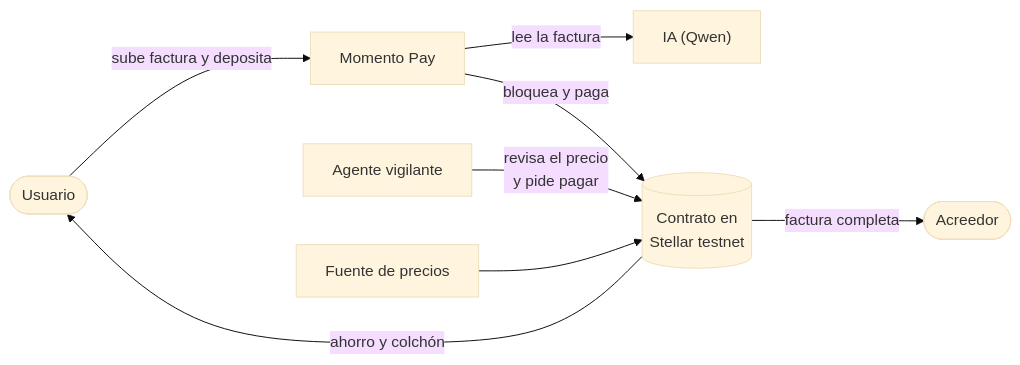
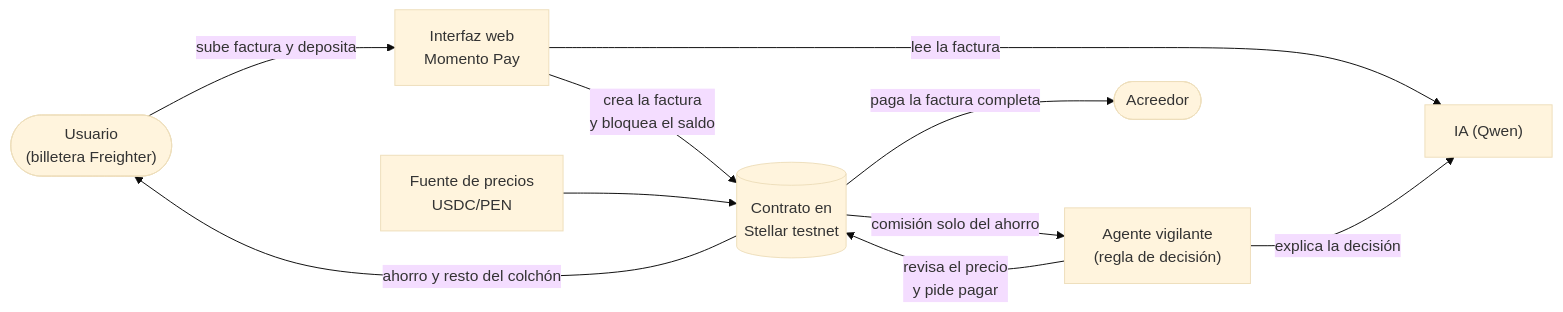
Before and after one commit to RichardEsteban/MomentoPay: the second of 2 diagrams in README.md, drawn with Mermaid (base theme). The commit also changed other lines of this file and 16 other files, not shown here.

First line of the commit message:
Fase 1: estructura del repo y contrato InvoiceVault

````diff
--- a/README.md
+++ b/README.md
@@ -96,10 +98,12 @@
 ```mermaid
 flowchart LR
-    U(["Usuario"]) -- "sube factura y deposita" --> M["Momento Pay"]
+    U(["Usuario<br/>(billetera Freighter)"]) -- "sube factura y deposita" --> M["Interfaz web<br/>Momento Pay"]
     M -- "lee la factura" --> IA["IA (Qwen)"]
-    M -- "bloquea y paga" --> S[("Contrato en<br/>Stellar testnet")]
-    AG["Agente vigilante"] -- "revisa el precio<br/>y pide pagar" --> S
-    PR["Fuente de precios"] --> S
-    S -- "factura completa" --> AC(["Acreedor"])
-    S -- "ahorro y colchón" --> U
+    M -- "crea la factura<br/>y bloquea el saldo" --> S[("Contrato en<br/>Stellar testnet")]
+    AG["Agente vigilante<br/>(regla de decisión)"] -- "revisa el precio<br/>y pide pagar" --> S
+    AG -- "explica la decisión" --> IA
+    PR["Fuente de precios<br/>USDC/PEN"] --> S
+    S -- "paga la factura completa" --> AC(["Acreedor"])
+    S -- "ahorro y resto del colchón" --> U
+    S -- "comisión solo del ahorro" --> AG
 ```
````
